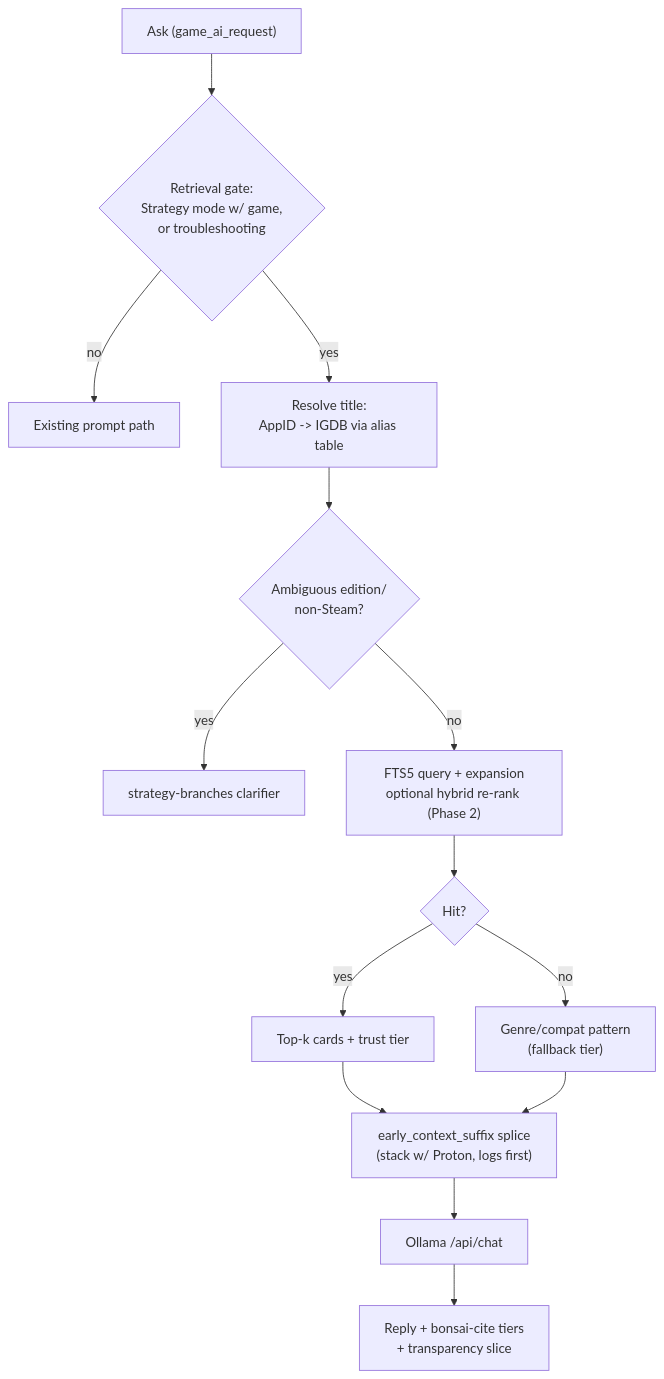
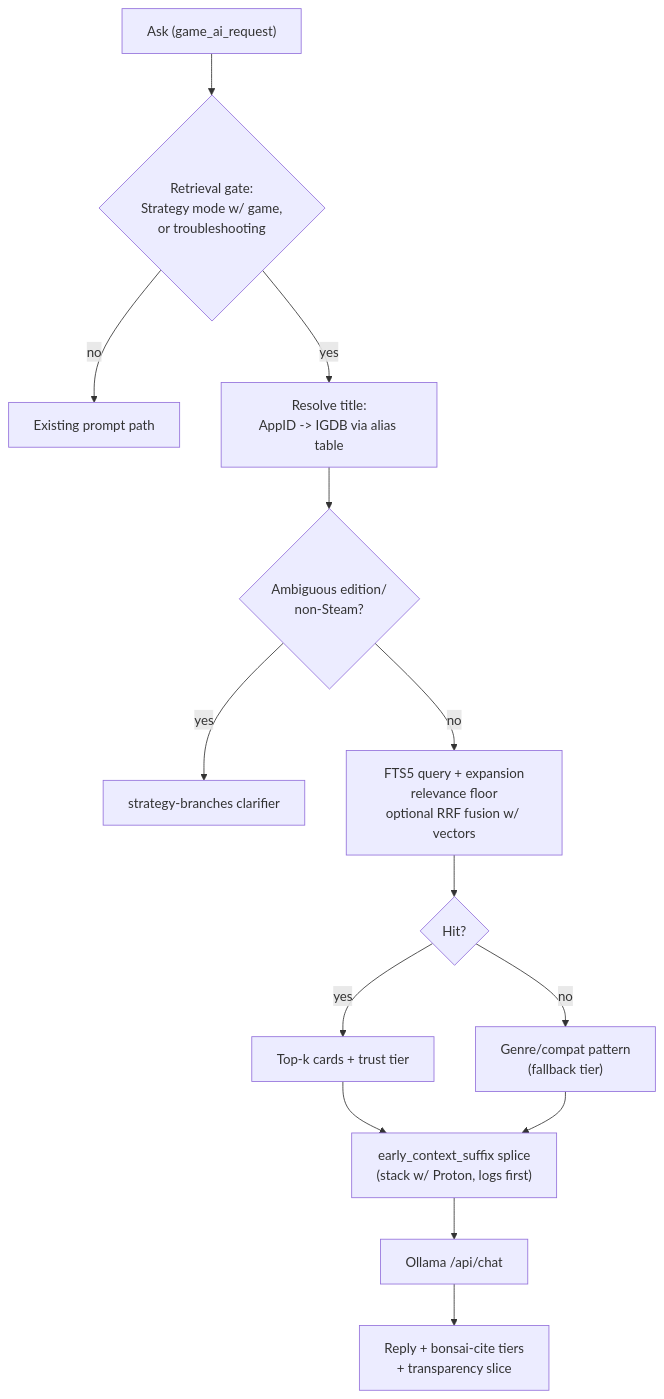
The diagram in docs/knowledge-base.md (cantcurecancer/bonsAI), drawn with Mermaid before and after one commit. The commit also changed other lines of this file and 5 other files, not shown here.

````diff
--- a/docs/knowledge-base.md
+++ b/docs/knowledge-base.md
@@ -11,16 +18,16 @@
 ```mermaid
 flowchart TD
   ask["Ask (game_ai_request)"] --> gate{"Retrieval gate:<br/>Strategy mode w/ game,<br/>or troubleshooting"}
   gate -->|no| passthrough["Existing prompt path"]
   gate -->|yes| resolve["Resolve title:<br/>AppID -> IGDB via alias table"]
   resolve --> ambiguous{"Ambiguous edition/<br/>non-Steam?"}
   ambiguous -->|yes| clarifier["strategy-branches clarifier"]
-  ambiguous -->|no| retrieve["FTS5 query + expansion<br/>optional hybrid re-rank (Phase 2)"]
+  ambiguous -->|no| retrieve["FTS5 query + expansion<br/>relevance floor<br/>optional RRF fusion w/ vectors"]
   retrieve --> hit{"Hit?"}
   hit -->|yes| cards["Top-k cards + trust tier"]
   hit -->|no| genre["Genre/compat pattern<br/>(fallback tier)"]
   cards --> splice["early_context_suffix splice<br/>(stack w/ Proton, logs first)"]
   genre --> splice
   splice --> model["Ollama /api/chat"]
   model --> reply["Reply + bonsai-cite tiers<br/>+ transparency slice"]
 ```
````
